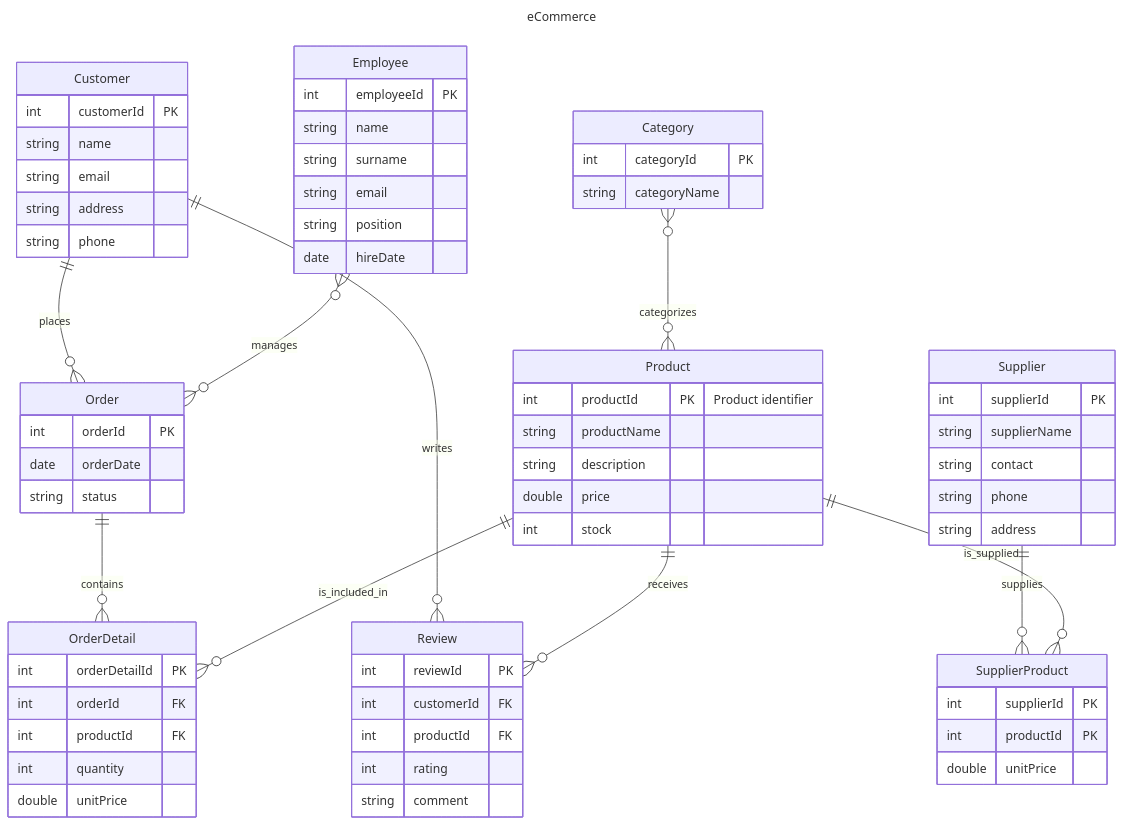
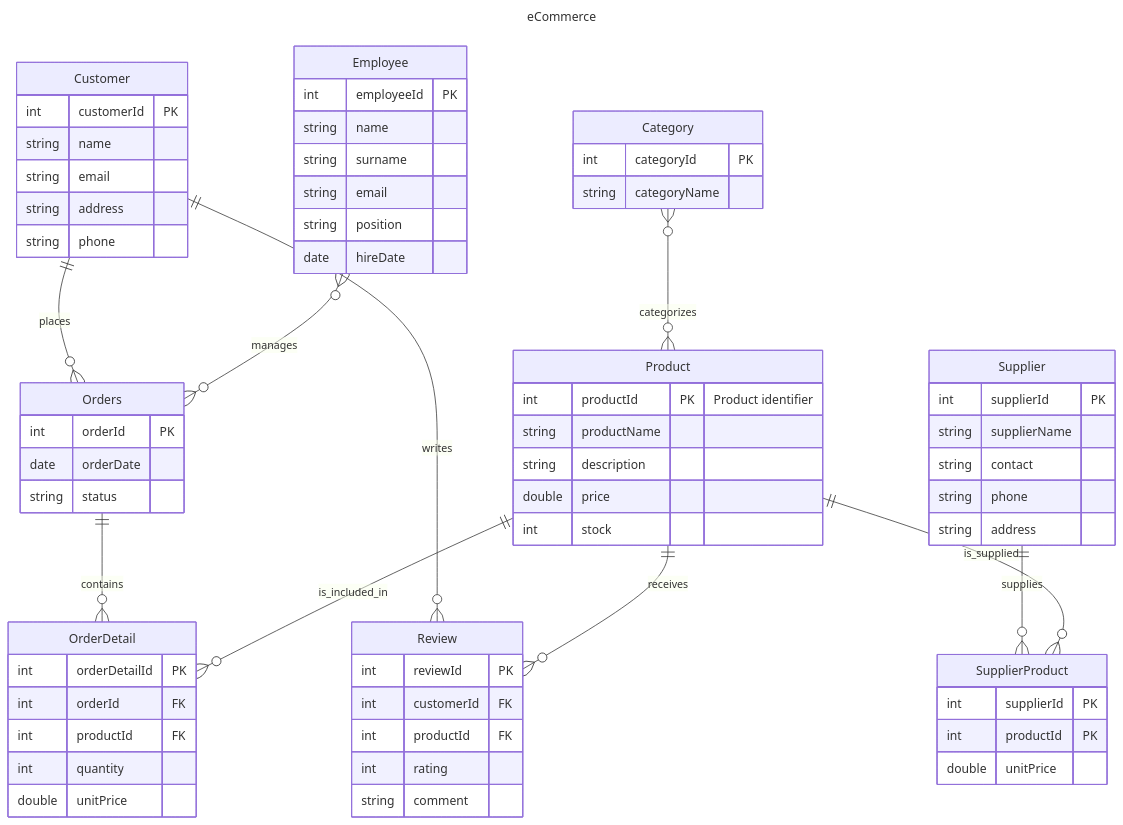
Before and after one commit to erralb/mermaid-js-erd-to-sql: the diagram in demos/ecommerce.md, drawn with Mermaid. The commit also changed 2 other files, not shown here.

Commit message:
Fix reserved SQL word error in ecommerce demo

````diff
--- a/demos/ecommerce.md
+++ b/demos/ecommerce.md
@@ -1,82 +1,82 @@
 ```mermaid
 ---
 title: eCommerce
 ---
 erDiagram
     Customer {
         int customerId PK
         string name
         string email
         string address
         string phone
     }
 
-    Order {
+    Orders {
         int orderId PK
         date orderDate
         string status
     }
 
     Product {
         int productId PK "Product identifier"
         string productName
         string description
         double price
         int stock
     }
 
     OrderDetail {
         int orderDetailId PK
         int orderId FK
         int productId FK
         int quantity
         double unitPrice
     }
 
     Category {
         int categoryId PK
         string categoryName
     }
 
     Review {
         int reviewId PK
         int customerId FK
         int productId FK
         int rating
         string comment
     }
 
     Supplier {
         int supplierId PK
         string supplierName
         string contact
         string phone
         string address
     }
 
     SupplierProduct {
         int supplierId PK
         int productId PK
         double unitPrice
     }
 
     Employee {
         int employeeId PK
         string name
         string surname
         string email
         string position
         date hireDate
     }
 
-    Customer ||--o{ Order : places
-    Order ||--o{ OrderDetail : contains
+    Customer ||--o{ Orders : places
+    Orders ||--o{ OrderDetail : contains
     Product ||--o{ OrderDetail : is_included_in
     Category }o--o{ Product : categorizes
     Supplier ||--o{ SupplierProduct : supplies
     Product ||--o{ SupplierProduct : is_supplied
     Customer ||--o{ Review : writes
     Product ||--o{ Review : receives
-    Employee }o--o{ Order : manages
+    Employee }o--o{ Orders : manages
 
 ```
````
